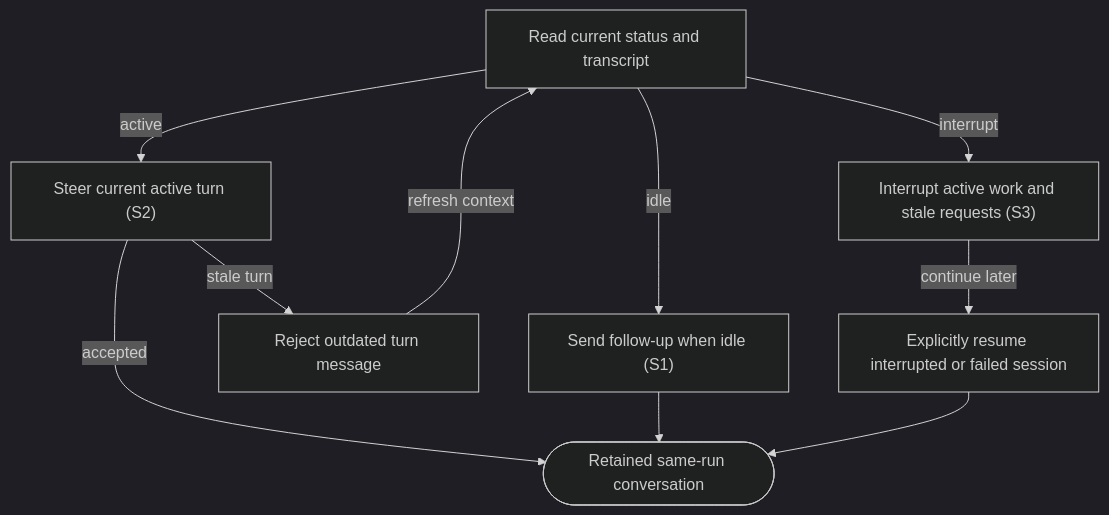
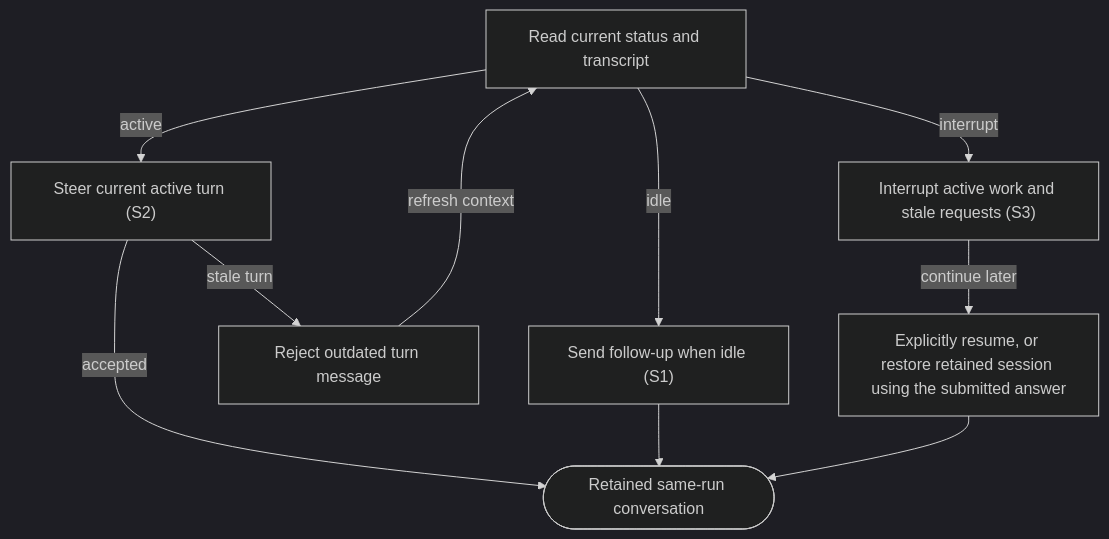
Before and after one commit to dk-code-factory/code-factory-plugin: the diagram in docs/user-flows/interact-agent.md, drawn with Mermaid (dark theme). The commit also changed other lines of this file and 43 other files, not shown here.

````diff
--- a/docs/user-flows/interact-agent.md
+++ b/docs/user-flows/interact-agent.md
@@ -36,19 +37,19 @@
 ```mermaid
 flowchart TD
     N0["Read current status and transcript"]
     N1["Send follow-up when idle #40;S1#41;"]
     N2["Steer current active turn #40;S2#41;"]
     N3["Interrupt active work and stale requests #40;S3#41;"]
     N4["Reject outdated turn message"]
-    N5["Explicitly resume interrupted or failed session"]
+    N5["Explicitly resume, or restore retained session using the submitted answer"]
     N6(["Retained same-run conversation"])
     N0 -->|"idle"| N1
     N0 -->|"active"| N2
     N0 -->|"interrupt"| N3
     N2 -->|"stale turn"| N4
     N4 -->|"refresh context"| N0
     N2 -->|"accepted"| N6
     N1 --> N6
     N3 -->|"continue later"| N5
     N5 --> N6
 ```
````
